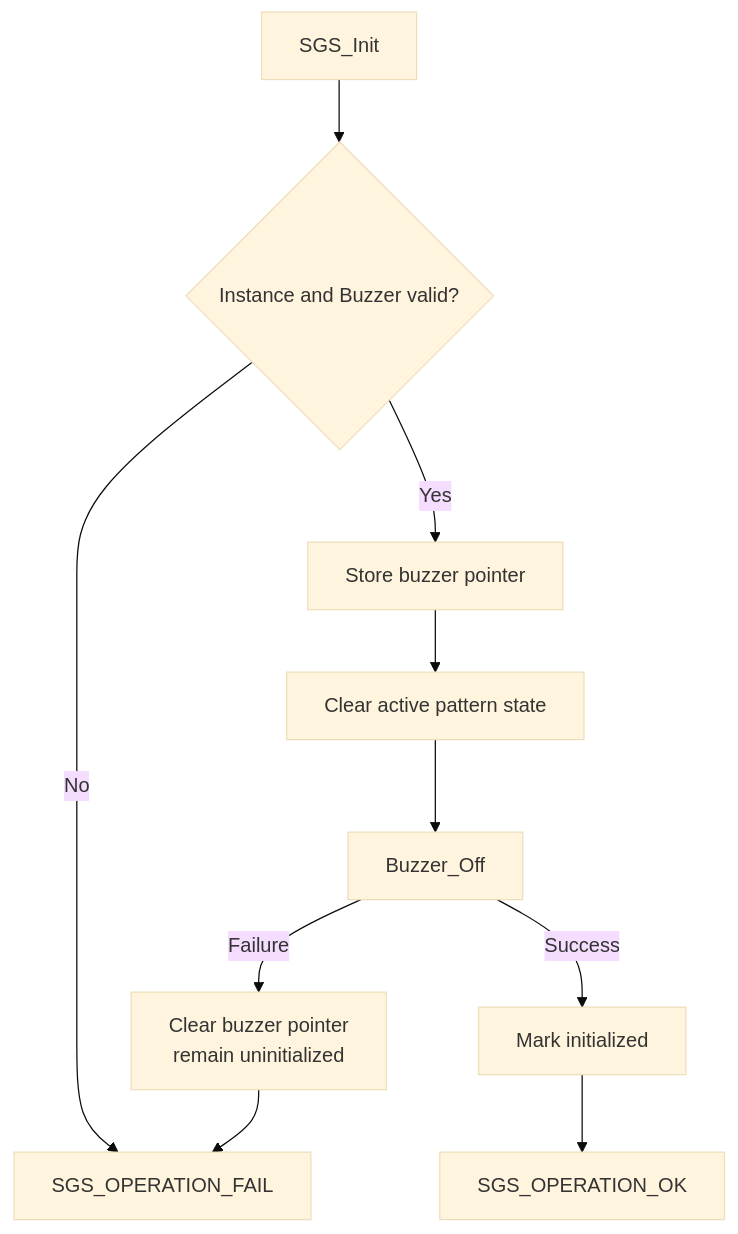
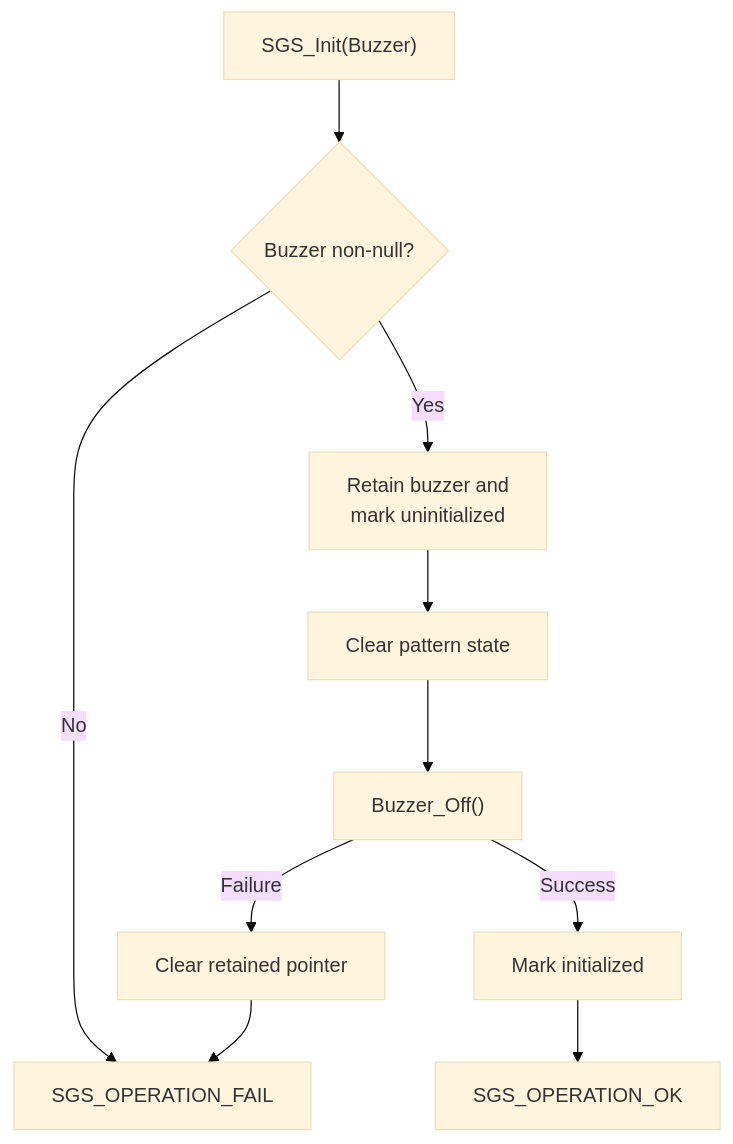
Before and after one commit to JP-REY/STM32F103C8T6-Based-Electronic-Lock: the second of 4 diagrams in Libs/Services/Sound_Generator/README.md, drawn with Mermaid (base theme). The commit also changed other lines of this file and 2 other files, not shown here.

````diff
--- a/Libs/Services/Sound_Generator/README.md
+++ b/Libs/Services/Sound_Generator/README.md
@@ -727,12 +719,12 @@
 ```mermaid
 flowchart TD
-    START["SGS_Init"] --> VALIDATE{"Instance and Buzzer valid?"}
-    VALIDATE -->|"No"| FAIL["SGS_OPERATION_FAIL"]
-    VALIDATE -->|"Yes"| STORE["Store buzzer pointer"]
-    STORE --> CLEAR["Clear active pattern state"]
-    CLEAR --> OFF["Buzzer_Off"]
-    OFF -->|"Failure"| INVALID["Clear buzzer pointer<br/>remain uninitialized"]
-    INVALID --> FAIL
+    CALL["SGS_Init(Buzzer)"] --> VALID{"Buzzer non-null?"}
+    VALID -->|"No"| FAIL["SGS_OPERATION_FAIL"]
+    VALID -->|"Yes"| STORE["Retain buzzer and</br> mark uninitialized"]
+    STORE --> CLEAR["Clear pattern state"]
+    CLEAR --> OFF["Buzzer_Off()"]
+    OFF -->|"Failure"| UNBIND["Clear retained pointer"]
+    UNBIND --> FAIL
     OFF -->|"Success"| READY["Mark initialized"]
     READY --> OK["SGS_OPERATION_OK"]
 ```
````
